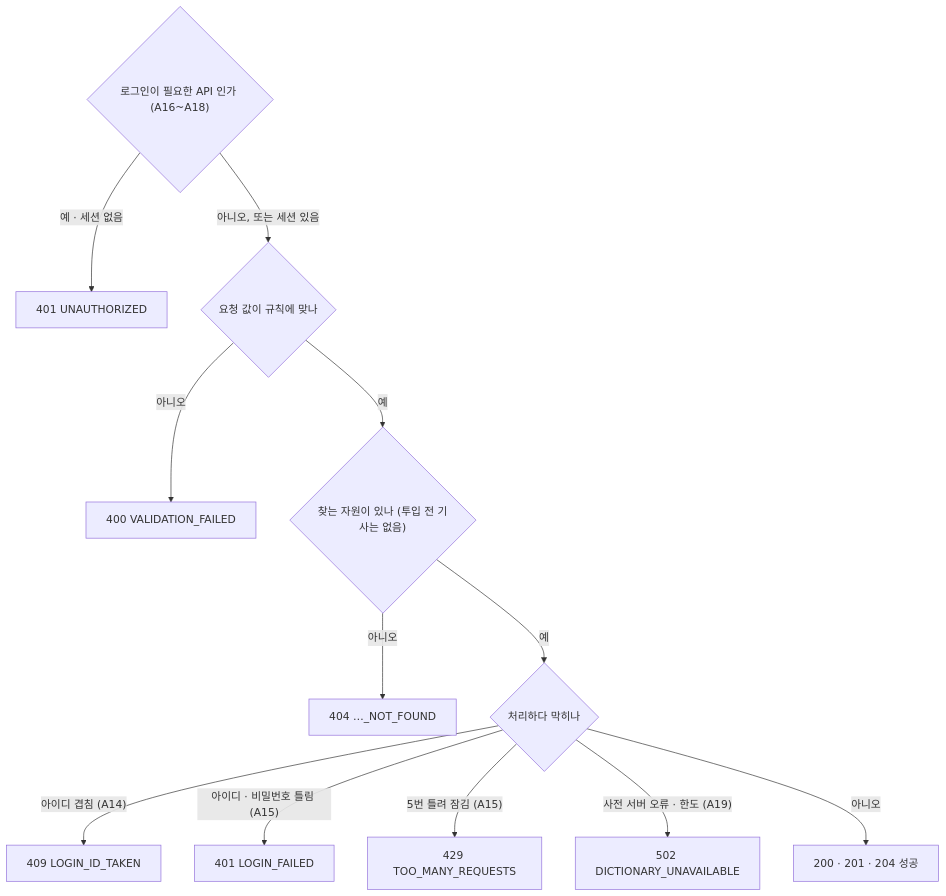
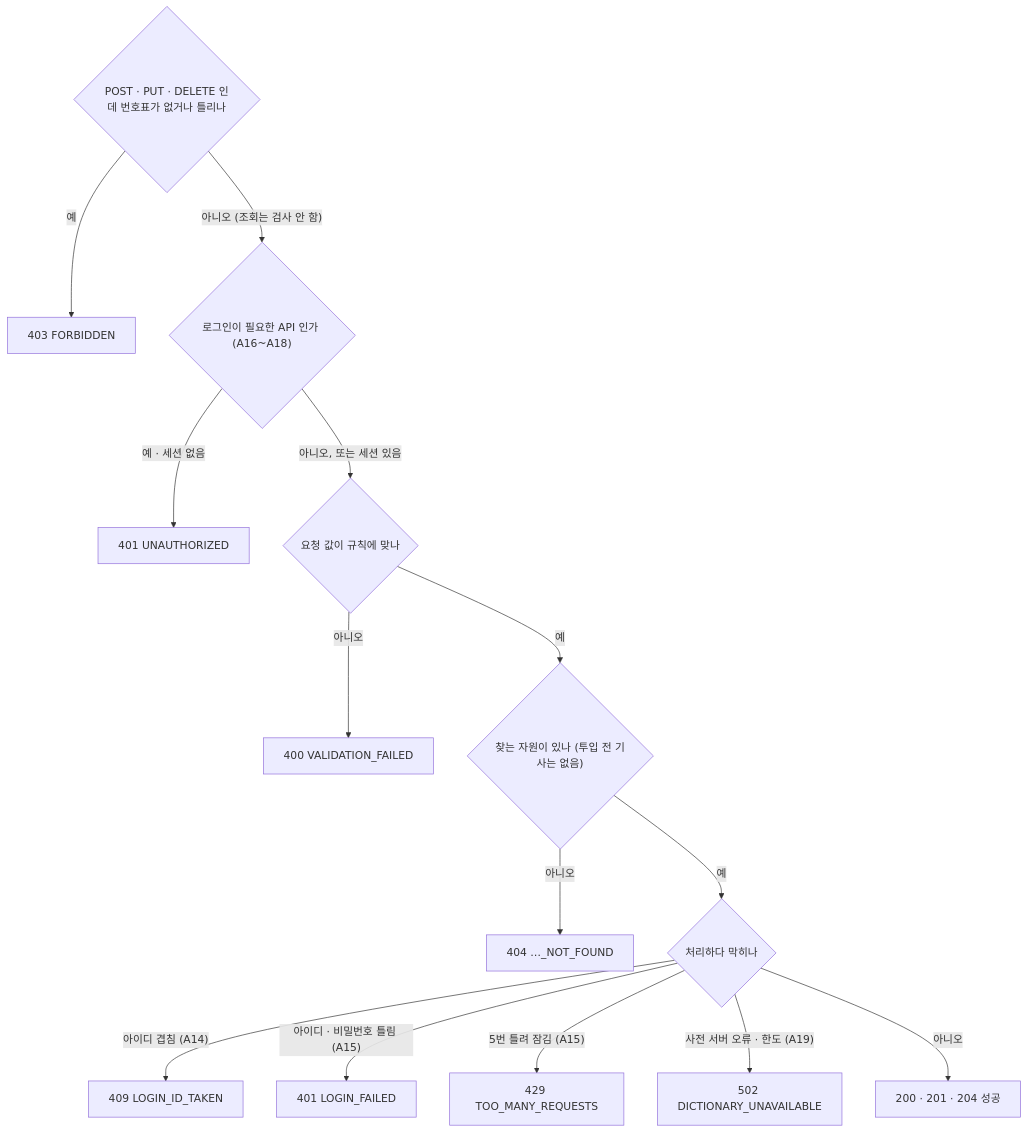
One commit to a102-NEWLEARN/NEW-LEARN changed the second of 5 diagrams in docs/api.md. Above: the diagram before and after it, drawn with Mermaid. The commit also changed other lines of this file and 13 other files, not shown here.

````diff
--- a/docs/api.md
+++ b/docs/api.md
@@ -94,14 +94,15 @@
 ```mermaid
 flowchart TD
-  A{"로그인이 필요한 API 인가 (A16~A18)"} -- "예 · 세션 없음" --> E401["401 UNAUTHORIZED"]
+  C{"POST · PUT · DELETE 인데 번호표가 없거나 틀리나"} -- "예" --> E403["403 FORBIDDEN"]
+  C -- "아니오 (조회는 검사 안 함)" --> A{"로그인이 필요한 API 인가 (A16~A18)"} -- "예 · 세션 없음" --> E401["401 UNAUTHORIZED"]
   A -- "아니오, 또는 세션 있음" --> V{"요청 값이 규칙에 맞나"}
   V -- "아니오" --> E400["400 VALIDATION_FAILED"]
   V -- "예" --> F{"찾는 자원이 있나 (투입 전 기사는 없음)"}
   F -- "아니오" --> E404["404 …_NOT_FOUND"]
   F -- "예" --> P{"처리하다 막히나"}
   P -- "아이디 겹침 (A14)" --> E409["409 LOGIN_ID_TAKEN"]
   P -- "아이디 · 비밀번호 틀림 (A15)" --> E401b["401 LOGIN_FAILED"]
   P -- "5번 틀려 잠김 (A15)" --> E429["429 TOO_MANY_REQUESTS"]
   P -- "사전 서버 오류 · 한도 (A19)" --> E502["502 DICTIONARY_UNAVAILABLE"]
   P -- "아니오" --> OK["200 · 201 · 204 성공"]
 ```
````
